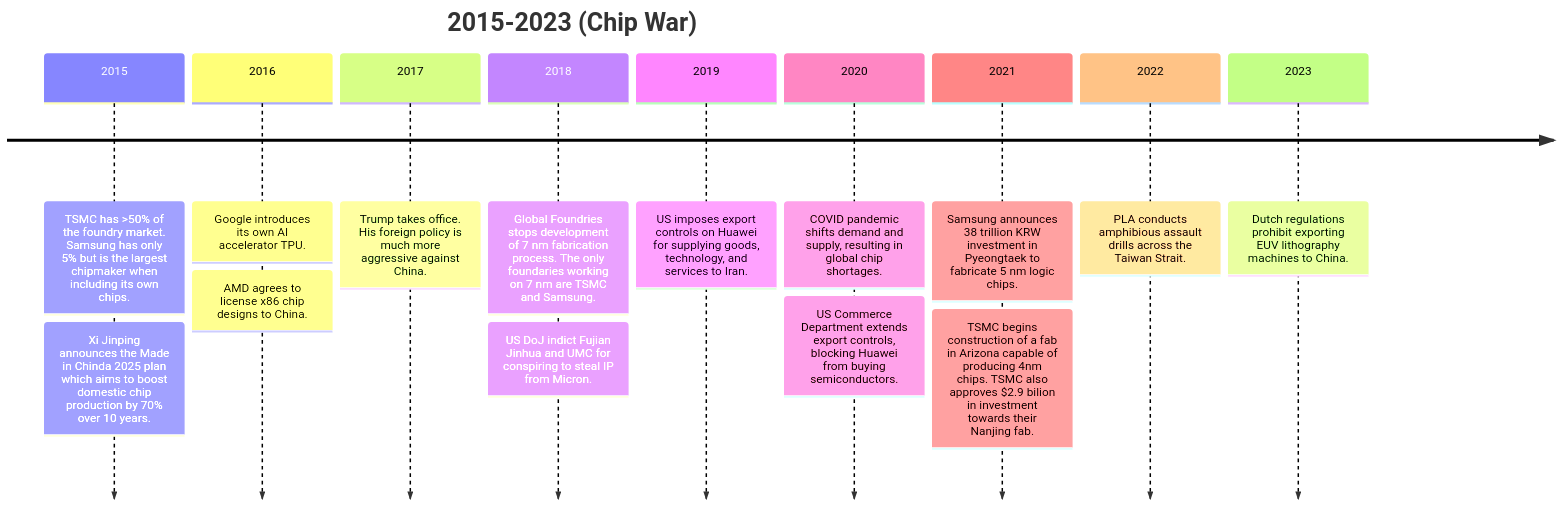
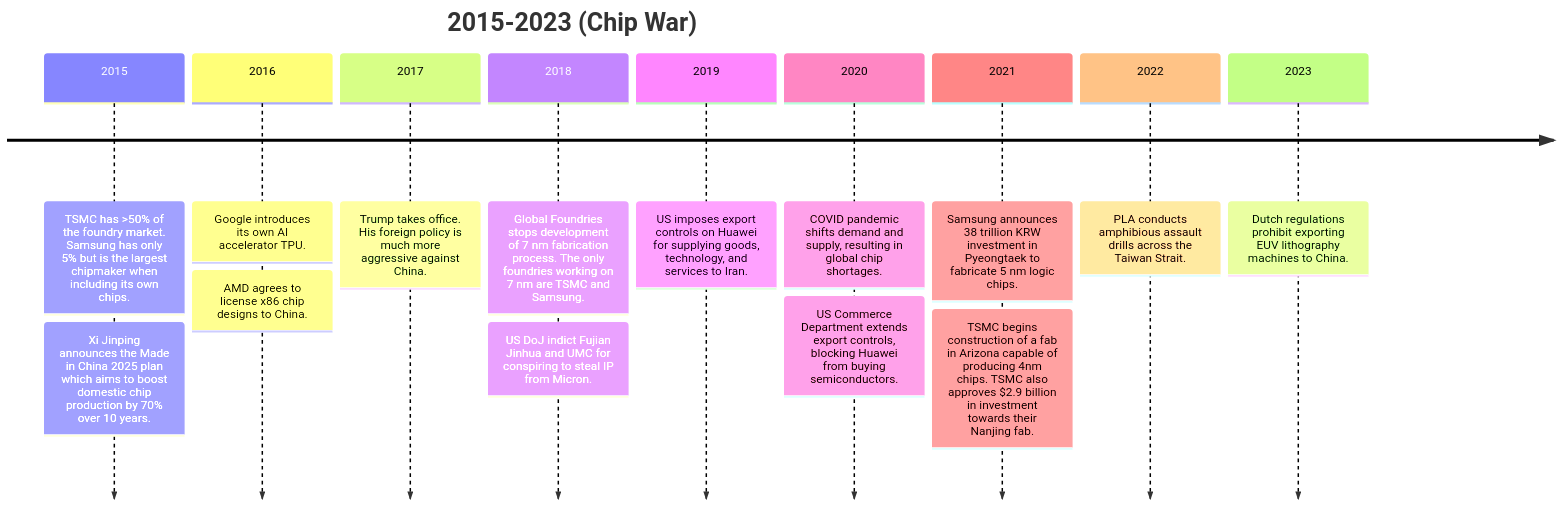
One commit to GeorgeRPu/georgerpu.github.io changed the sixth of 6 diagrams in _books/chip-war.md. Above: the diagram before and after it, drawn with Mermaid. The commit also changed other lines of this file and 54 other files, not shown here.

````diff
--- a/_books/chip-war.md
+++ b/_books/chip-war.md
@@ -96,13 +96,13 @@
 ```mermaid
 timeline
     title 2015-2023 (Chip War)
-    2015 : TSMC has >50% of the foundry market. Samsung has only 5% but is the largest chipmaker when including its own chips. : Xi Jinping announces the Made in Chinda 2025 plan which aims to boost domestic chip production by 70% over 10 years.
+    2015 : TSMC has >50% of the foundry market. Samsung has only 5% but is the largest chipmaker when including its own chips. : Xi Jinping announces the Made in China 2025 plan which aims to boost domestic chip production by 70% over 10 years.
     2016 : Google introduces its own AI accelerator TPU. : AMD agrees to license x86 chip designs to China.
     2017 : Trump takes office. His foreign policy is much more aggressive against China.
-    2018 : Global Foundries stops development of 7 nm fabrication process. The only foundaries working on 7 nm are TSMC and Samsung. : US DoJ indict Fujian Jinhua and UMC for conspiring to steal IP from Micron.
+    2018 : Global Foundries stops development of 7 nm fabrication process. The only foundries working on 7 nm are TSMC and Samsung. : US DoJ indict Fujian Jinhua and UMC for conspiring to steal IP from Micron.
     2019 : US imposes export controls on Huawei for supplying goods, technology, and services to Iran.
     2020 : COVID pandemic shifts demand and supply, resulting in global chip shortages. : US Commerce Department extends export controls, blocking Huawei from buying semiconductors.
-    2021 : Samsung announces 38 trillion KRW investment in Pyeongtaek to fabricate 5 nm logic chips. : TSMC begins construction of a fab in Arizona capable of producing 4nm chips. TSMC also approves $2.9 bilion in investment towards their Nanjing fab.
+    2021 : Samsung announces 38 trillion KRW investment in Pyeongtaek to fabricate 5 nm logic chips. : TSMC begins construction of a fab in Arizona capable of producing 4nm chips. TSMC also approves $2.9 billion in investment towards their Nanjing fab.
     2022 : PLA conducts amphibious assault drills across the Taiwan Strait.
     2023 : Dutch regulations prohibit exporting EUV lithography machines to China.
 ```
````
